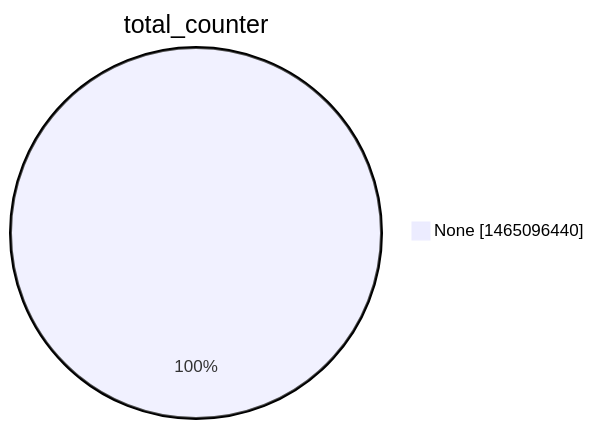
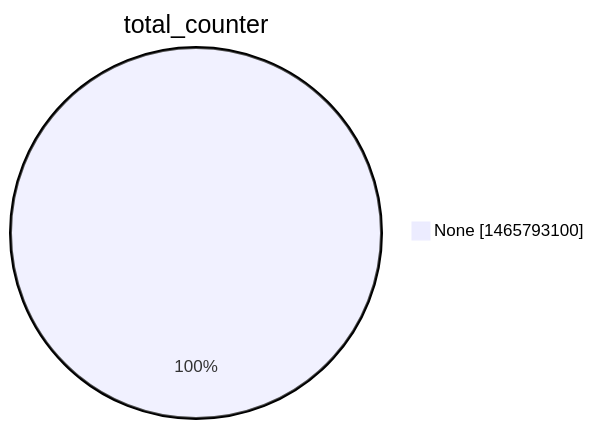
The second of 15 diagrams in argon2022/README.md (christiankrug/ctmonitor_visualization), drawn with Mermaid before and after one commit. The commit also changed other lines of this file, not shown here.

````diff
--- a/argon2022/README.md
+++ b/argon2022/README.md
@@ -9,5 +9,5 @@
 ```mermaid
 pie showData
 title total_counter
-"None" :1465096440
+"None" :1465793100
 ```
````
